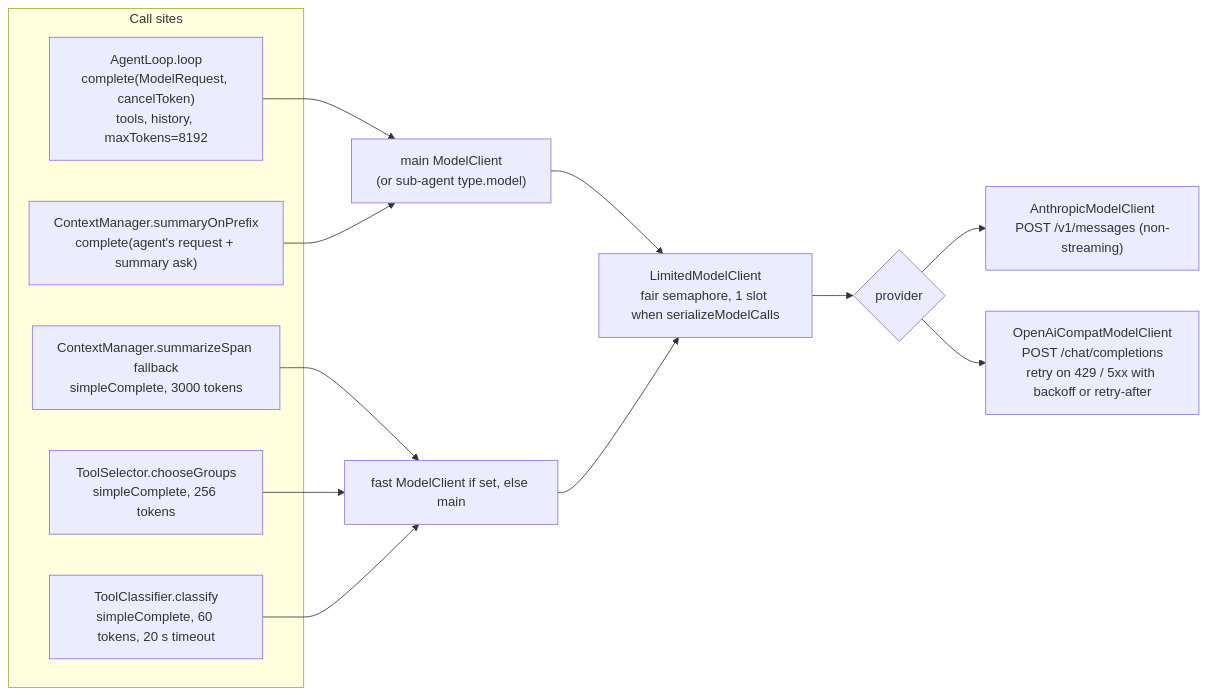
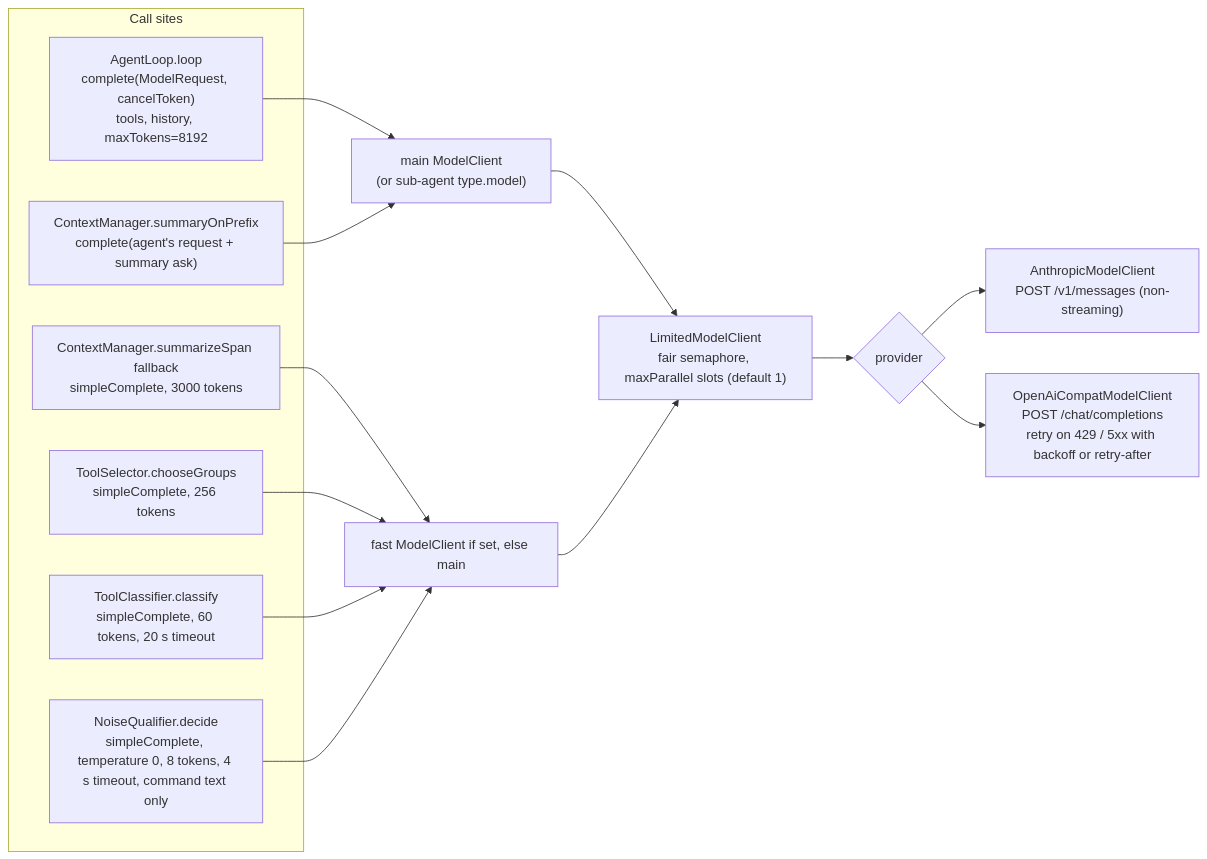
Before and after one commit to kendarorg/jllm: the tenth of 13 diagrams in docs/FLOW.md, drawn with Mermaid. The commit also changed other lines of this file and 183 other files, not shown here.

````diff
--- a/docs/FLOW.md
+++ b/docs/FLOW.md
@@ -358,16 +358,17 @@
 ```mermaid
 flowchart LR
     subgraph Calls["Call sites"]
         C1["AgentLoop.loop<br/>complete(ModelRequest, cancelToken)<br/>tools, history, maxTokens=8192"]
         C2["ContextManager.summaryOnPrefix<br/>complete(agent's request + summary ask)"]
         C3["ContextManager.summarizeSpan fallback<br/>simpleComplete, 3000 tokens"]
         C4["ToolSelector.chooseGroups<br/>simpleComplete, 256 tokens"]
         C5["ToolClassifier.classify<br/>simpleComplete, 60 tokens, 20 s timeout"]
+        C6["NoiseQualifier.decide<br/>simpleComplete, temperature 0, 8 tokens, 4 s timeout, command text only"]
     end
     C1 & C2 --> MAIN["main ModelClient<br/>(or sub-agent type.model)"]
-    C3 & C4 & C5 --> FASTQ["fast ModelClient if set, else main"]
-    MAIN & FASTQ --> LMC["LimitedModelClient<br/>fair semaphore, 1 slot when serializeModelCalls"]
+    C3 & C4 & C5 & C6 --> FASTQ["fast ModelClient if set, else main"]
+    MAIN & FASTQ --> LMC["LimitedModelClient<br/>fair semaphore, maxParallel slots (default 1)"]
     LMC --> P{"provider"}
     P --> ANT["AnthropicModelClient<br/>POST /v1/messages (non-streaming)"]
     P --> OAI["OpenAiCompatModelClient<br/>POST /chat/completions<br/>retry on 429 / 5xx with backoff or retry-after"]
 ```
````
